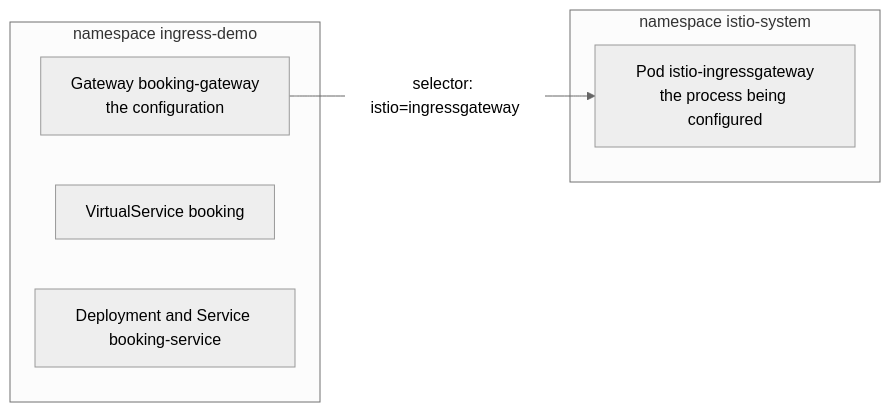
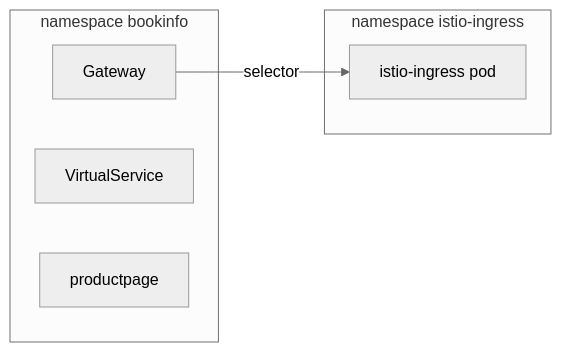
Before and after one commit to astrona-io/ATS014: the diagram in sections/section-060/module-01/course-01-the-gateway-pod-and-its-listener.md, drawn with Mermaid (neutral theme). The commit also changed other lines of this file and 444 other files, not shown here.

````diff
--- a/sections/section-060/module-01/course-01-the-gateway-pod-and-its-listener.md
+++ b/sections/section-060/module-01/course-01-the-gateway-pod-and-its-listener.md
@@ -86,12 +89,12 @@
 ```mermaid
 flowchart LR
-    subgraph A["namespace ingress-demo"]
-      G["Gateway booking-gateway<br/>the configuration"]
-      V["VirtualService booking"]
-      S["Deployment and Service booking-service"]
+    subgraph A["namespace bookinfo"]
+      G["Gateway"]
+      V["VirtualService"]
+      S["productpage"]
     end
-    subgraph B["namespace istio-system"]
-      P["Pod istio-ingressgateway<br/>the process being configured"]
+    subgraph B["namespace istio-ingress"]
+      P["istio-ingress pod"]
     end
-    G -->|"selector: istio=ingressgateway"| P
+    G -->|"selector"| P
 ```
````
